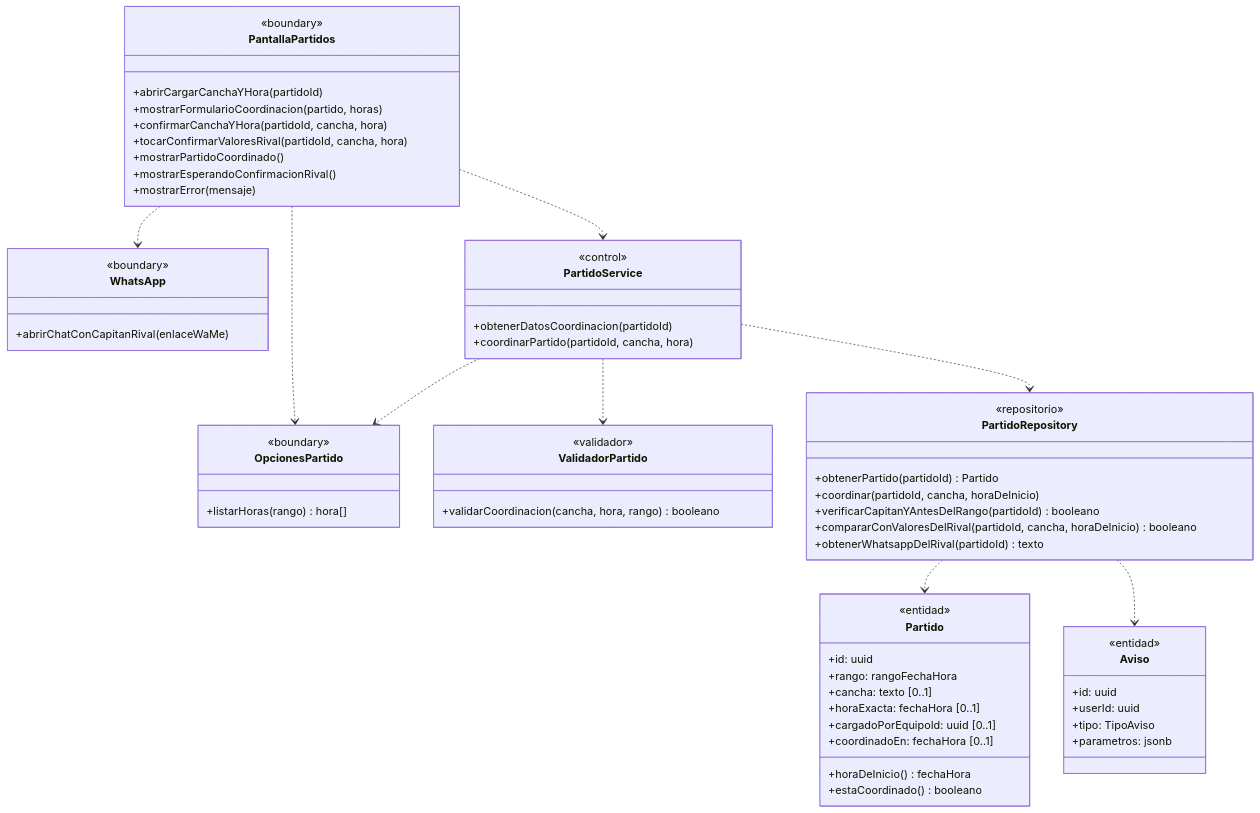
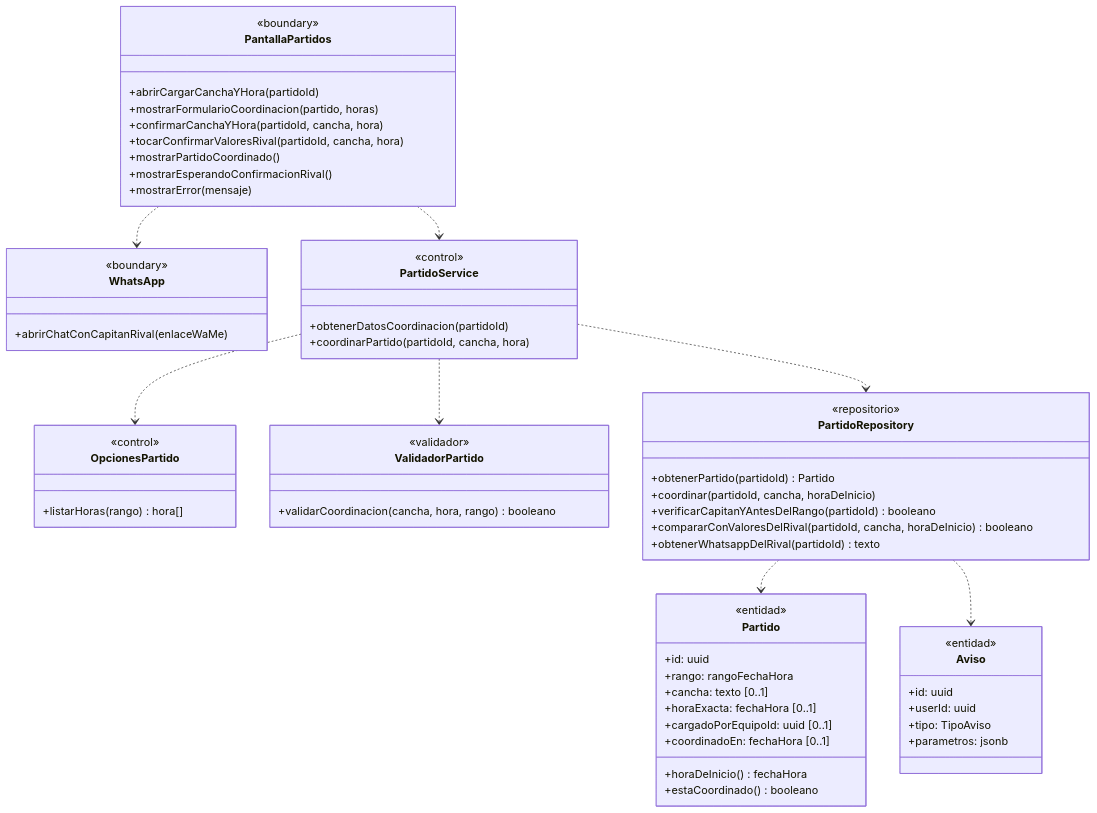
Before and after one commit to nicqletal/torneos-scraper: the eighth of 15 diagrams in docs/diagramas-de-clase/partidos.md, drawn with Mermaid. The commit also changed other lines of this file and 12 other files, not shown here.

First line of the commit message:
docs(diagramas-de-clase): alinear métodos con secuencias, unificar capas y limpiar etiquetas en flechas

````diff
--- a/docs/diagramas-de-clase/partidos.md
+++ b/docs/diagramas-de-clase/partidos.md
@@ -640,64 +639,63 @@
 ```mermaid
 classDiagram
 class PantallaPartidos {
   <<boundary>>
   +abrirCargarCanchaYHora(partidoId)
   +mostrarFormularioCoordinacion(partido, horas)
   +confirmarCanchaYHora(partidoId, cancha, hora)
   +tocarConfirmarValoresRival(partidoId, cancha, hora)
   +mostrarPartidoCoordinado()
   +mostrarEsperandoConfirmacionRival()
   +mostrarError(mensaje)
 }
 class OpcionesPartido {
-  <<boundary>>
+  <<control>>
   +listarHoras(rango) hora[]
 }
 class WhatsApp {
   <<boundary>>
   +abrirChatConCapitanRival(enlaceWaMe)
 }
 class PartidoService {
   <<control>>
   +obtenerDatosCoordinacion(partidoId)
   +coordinarPartido(partidoId, cancha, hora)
 }
 class ValidadorPartido {
   <<validador>>
   +validarCoordinacion(cancha, hora, rango) booleano
 }
 class PartidoRepository {
   <<repositorio>>
   +obtenerPartido(partidoId) Partido
   +coordinar(partidoId, cancha, horaDeInicio)
   +verificarCapitanYAntesDelRango(partidoId) booleano
   +compararConValoresDelRival(partidoId, cancha, horaDeInicio) booleano
   +obtenerWhatsappDelRival(partidoId) texto
 }
 class Partido {
   <<entidad>>
   +id: uuid
   +rango: rangoFechaHora
   +cancha: texto [0..1]
   +horaExacta: fechaHora [0..1]
   +cargadoPorEquipoId: uuid [0..1]
   +coordinadoEn: fechaHora [0..1]
   +horaDeInicio() fechaHora
   +estaCoordinado() booleano
 }
 class Aviso {
   <<entidad>>
   +id: uuid
   +userId: uuid
   +tipo: TipoAviso
   +parametros: jsonb
 }
-PantallaPartidos ..> OpcionesPartido
 PantallaPartidos ..> WhatsApp
 PantallaPartidos ..> PartidoService
 PartidoService ..> OpcionesPartido
 PartidoService ..> ValidadorPartido
 PartidoService ..> PartidoRepository
 PartidoRepository ..> Partido
 PartidoRepository ..> Aviso
 ```
````
